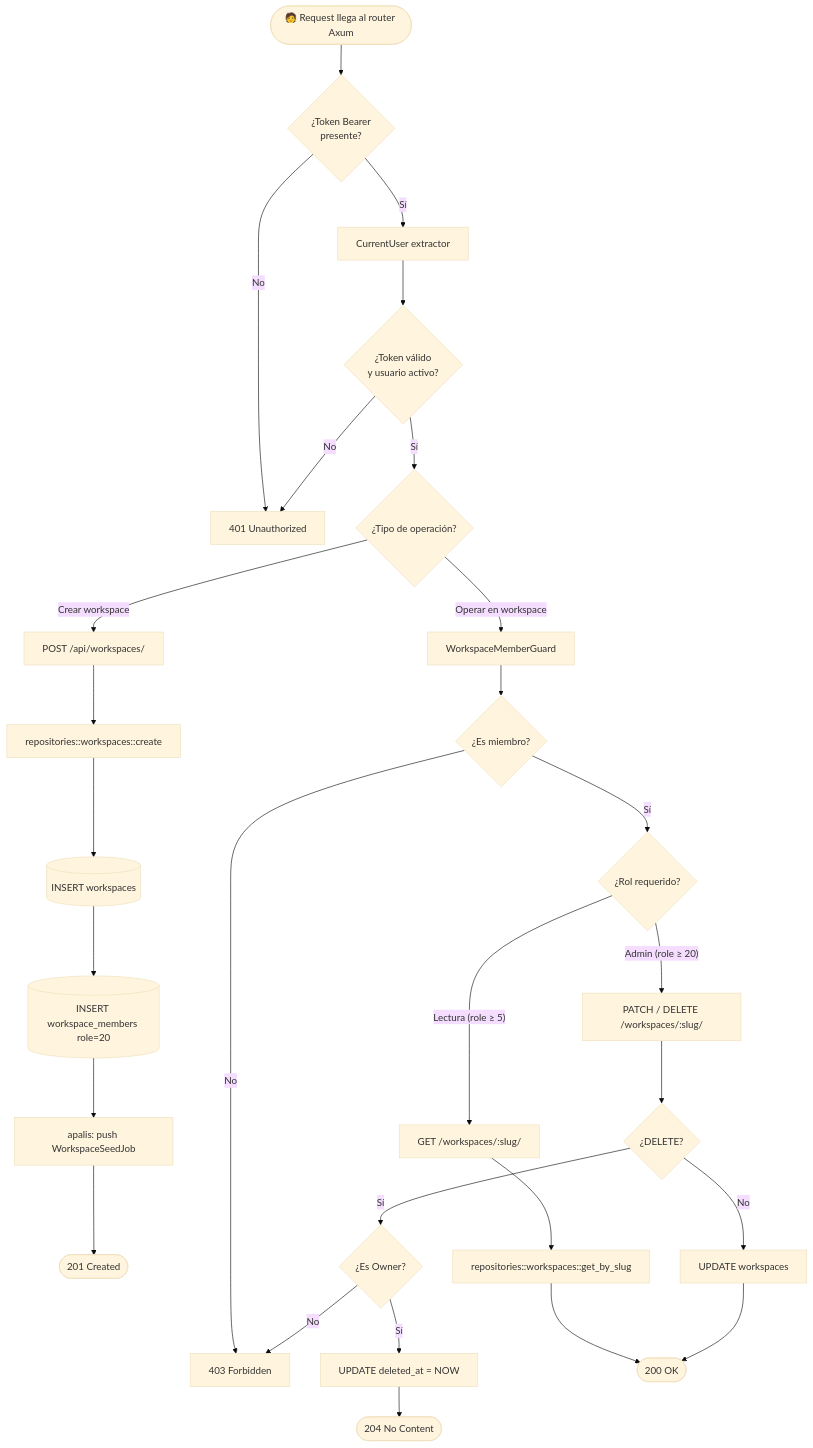
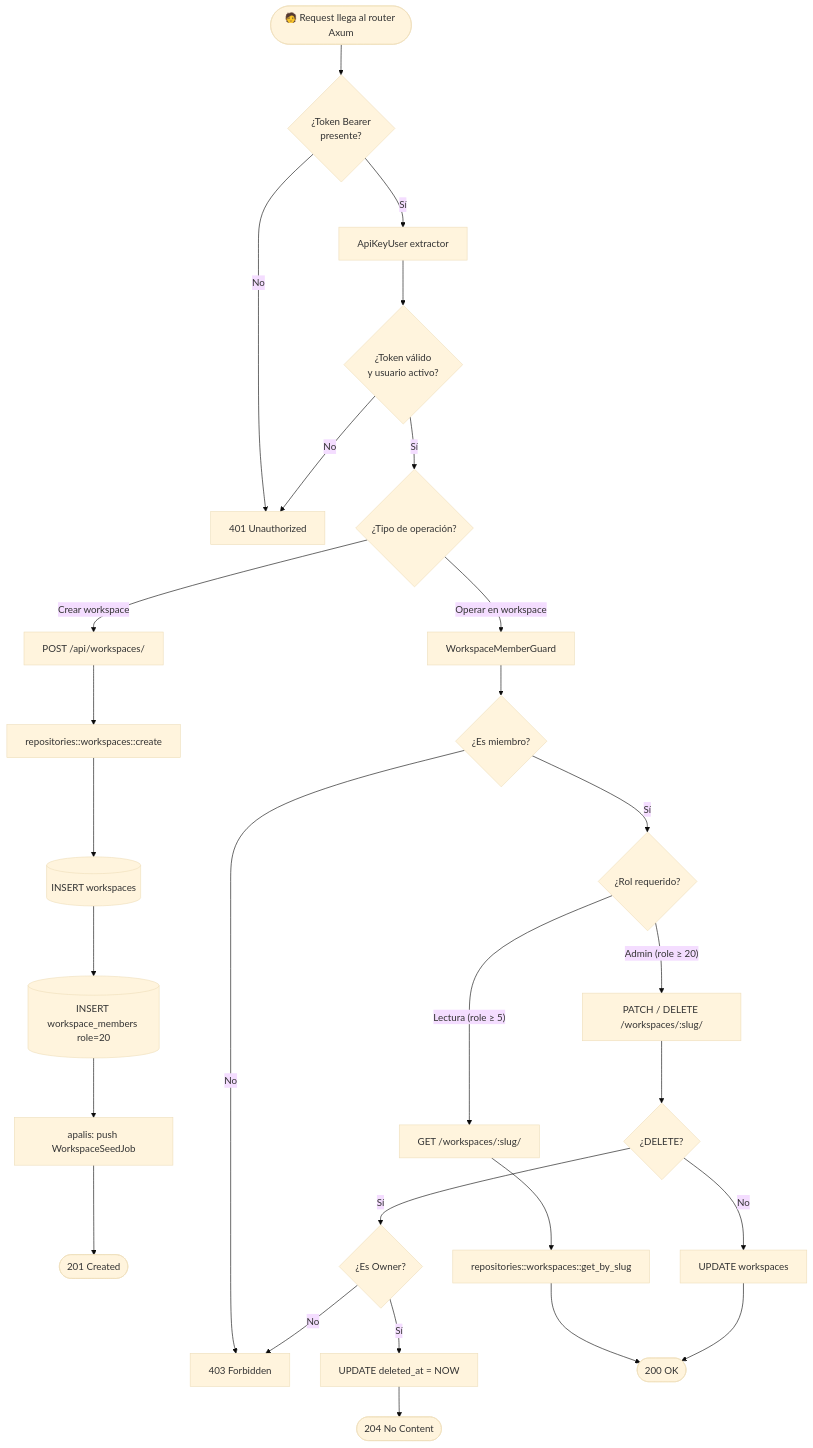
Before and after one commit to codecsrayo/plane: the first of 7 diagrams in docs/api-rust/ref-diagramas-flujo.md, drawn with Mermaid (base theme). The commit also changed other lines of this file and 10 other files, not shown here.

Commit message:
docs(api-rust): alinear referencias tras eliminar CurrentUser

````diff
--- a/docs/api-rust/ref-diagramas-flujo.md
+++ b/docs/api-rust/ref-diagramas-flujo.md
@@ -30,38 +30,38 @@
 ```mermaid
 flowchart TD
     A([🧑 Request llega al router Axum]) --> B{¿Token Bearer\npresente?}
 
     B -- No --> ERR401[401 Unauthorized]
-    B -- Sí --> C[CurrentUser extractor]
+    B -- Sí --> C[ApiKeyUser extractor]
 
     C --> D{¿Token válido\ny usuario activo?}
     D -- No --> ERR401
     D -- Sí --> E{¿Tipo de operación?}
 
     E -- Crear workspace --> CREATE[POST /api/workspaces/]
     E -- Operar en workspace --> F[WorkspaceMemberGuard]
 
     CREATE --> G[repositories::workspaces::create]
     G --> H[(INSERT workspaces)]
     H --> I[(INSERT workspace_members role=20)]
     I --> J[apalis: push WorkspaceSeedJob]
     J --> K([201 Created])
 
     F --> L{¿Es miembro?}
     L -- No --> ERR403[403 Forbidden]
     L -- Sí --> M{¿Rol requerido?}
 
     M -- "Lectura (role ≥ 5)" --> READ_WS[GET /workspaces/:slug/]
     M -- "Admin (role ≥ 20)" --> ADMIN_WS[PATCH / DELETE /workspaces/:slug/]
 
     READ_WS --> N[repositories::workspaces::get_by_slug]
     ADMIN_WS --> O{¿DELETE?}
     O -- Sí --> P{¿Es Owner?}
     P -- No --> ERR403
     P -- Sí --> Q[UPDATE deleted_at = NOW]
     O -- No --> R[UPDATE workspaces]
 
     N --> RESP200([200 OK])
     R --> RESP200
     Q --> RESP204([204 No Content])
 ```
````
